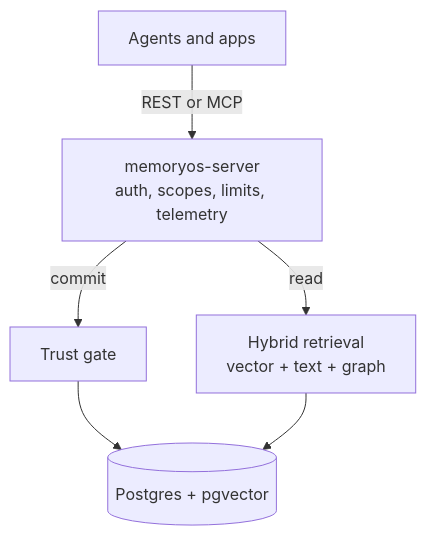
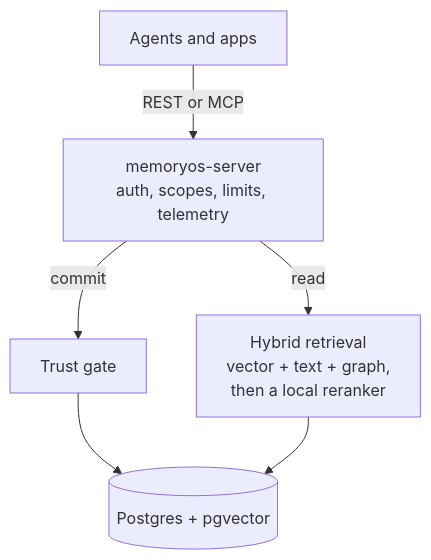
Before and after one commit to arkrwn/memoryos: the first of 2 diagrams in README.md, drawn with Mermaid. The commit also changed other lines of this file and 24 other files, not shown here.

````diff
--- a/README.md
+++ b/README.md
@@ -124,8 +129,8 @@
 ```mermaid
 flowchart TD
     A[Agents and apps] -->|REST or MCP| S[memoryos-server<br/>auth, scopes, limits, telemetry]
     S -->|commit| G[Trust gate]
-    S -->|read| R[Hybrid retrieval<br/>vector + text + graph]
+    S -->|read| R[Hybrid retrieval<br/>vector + text + graph,<br/>then a local reranker]
     G --> DB[(Postgres + pgvector)]
     R --> DB
 ```
````
